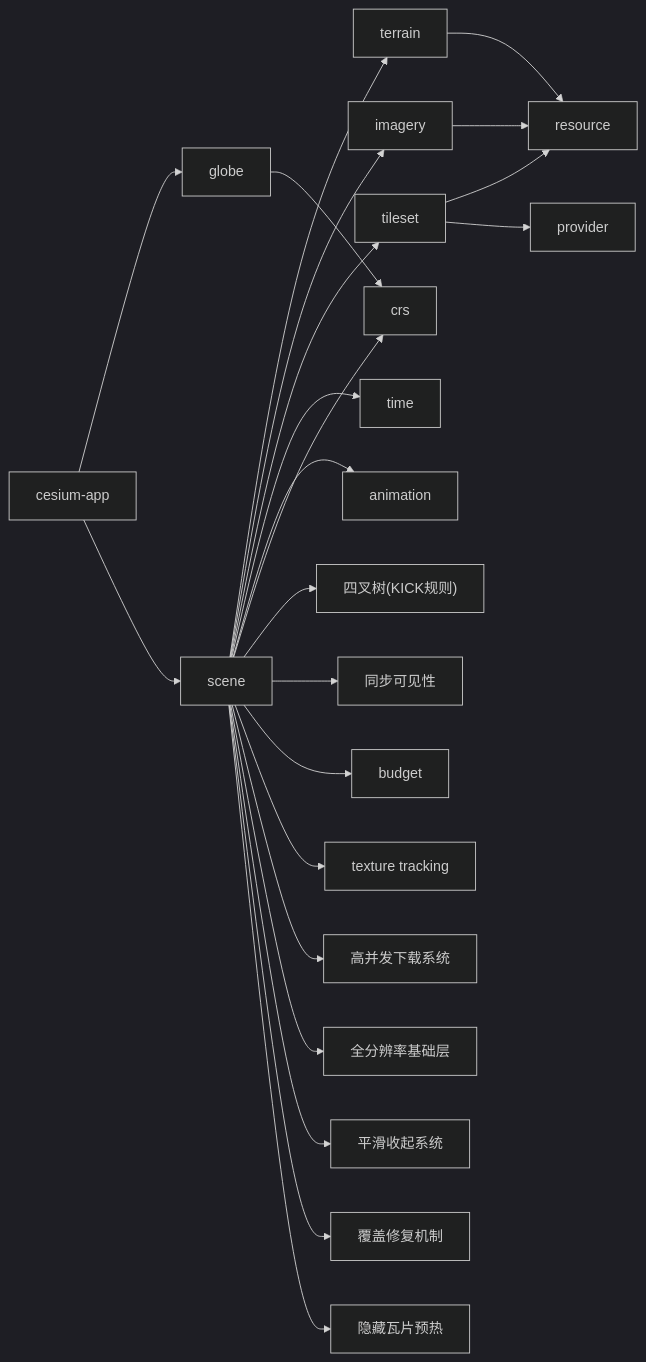
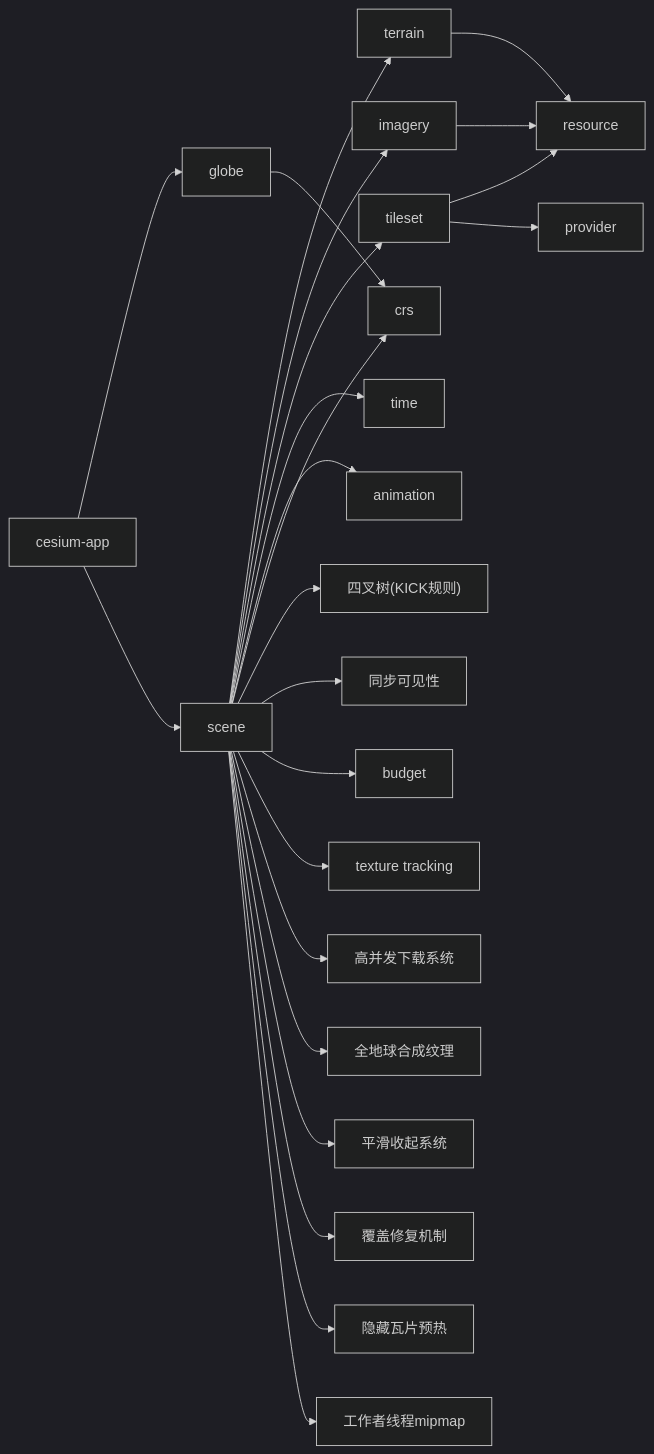
One commit to rzhangjing/cesium changed diagram 22 of 22 in .qoder/repowiki/zh/content/核心概念/渲染管线与场景图/动态地球渲染系统.md. Above: the diagram before and after it, drawn with Mermaid (dark theme). The commit also changed other lines of this file and 5 other files, not shown here.

````diff
--- a/.qoder/repowiki/zh/content/核心概念/渲染管线与场景图/动态地球渲染系统.md
+++ b/.qoder/repowiki/zh/content/核心概念/渲染管线与场景图/动态地球渲染系统.md
@@ -854,25 +846,26 @@
 ```mermaid
 graph LR
 App["cesium-app"] --> DomainGlobe["globe"]
 App --> DomainScene["scene"]
 DomainScene --> DomainTerrain["terrain"]
 DomainScene --> DomainImagery["imagery"]
 DomainScene --> DomainTileset["tileset"]
 DomainScene --> DomainTime["time"]
 DomainScene --> DomainAnimation["animation"]
 DomainScene --> DomainCRS["crs"]
 DomainTileset --> DomainResource["resource"]
 DomainTileset --> DomainProvider["provider"]
 DomainTerrain --> DomainResource
 DomainImagery --> DomainResource
 DomainGlobe --> DomainCRS
 DomainScene --> DomainQuadtree["四叉树(KICK规则)"]
 DomainScene --> DomainSyncVis["同步可见性"]
 DomainScene --> DomainBudget["budget"]
 DomainScene --> DomainTextureTrack["texture tracking"]
 DomainScene --> DomainDownloadSys["高并发下载系统"]
-DomainScene --> DomainBaseLayer["全分辨率基础层"]
+DomainScene --> DomainBaseLayer["全地球合成纹理"]
 DomainScene --> DomainSmoothTransition["平滑收起系统"]
 DomainScene --> DomainCoverageFix["覆盖修复机制"]
 DomainScene --> DomainHiddenWarm["隐藏瓦片预热"]
+DomainScene --> DomainMipChain["工作者线程mipmap"]
 ```
````
